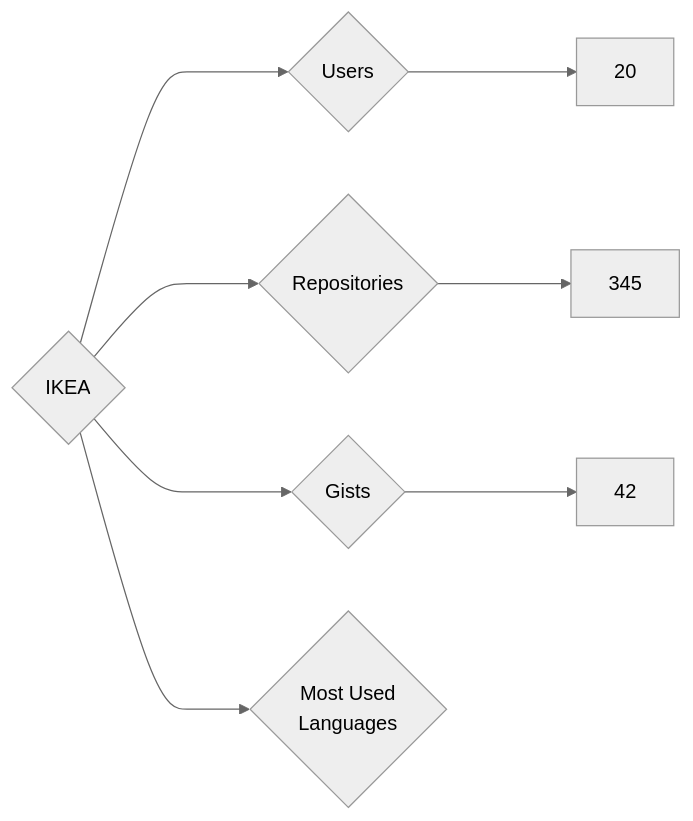
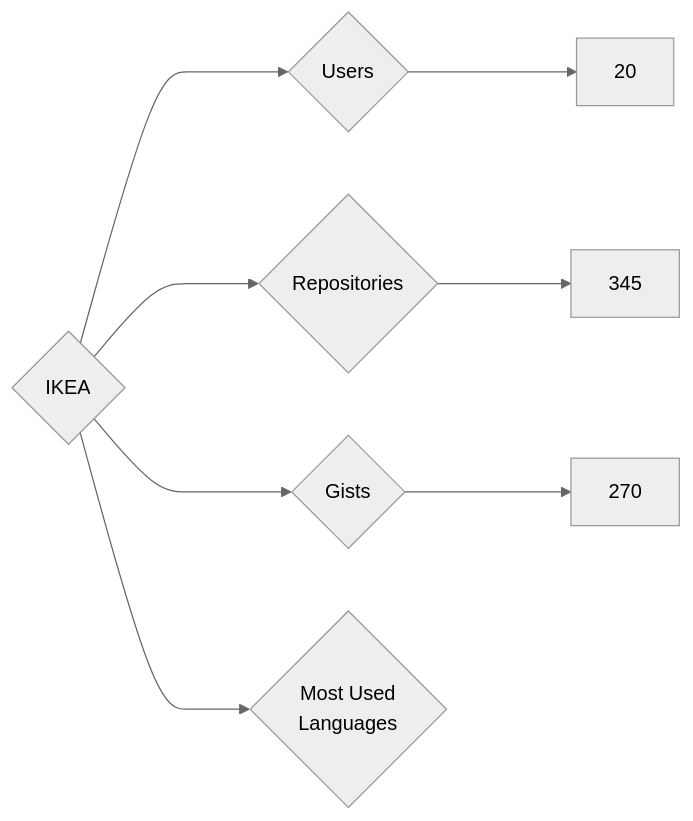
One commit to nenadzaric/insiders changed the diagram in targets/IKEA/README.md. Above: the diagram before and after it, drawn with Mermaid (neutral theme). The commit also changed 1342 other files, not shown here.

````diff
--- a/targets/IKEA/README.md
+++ b/targets/IKEA/README.md
@@ -3,8 +3,8 @@
 ```mermaid
 graph LR
 COMPANY_NAME{IKEA}
 COMPANY_NAME ---> U{Users} ---> UN[20]
 COMPANY_NAME ---> R{Repositories} ---> RN[345]
-COMPANY_NAME ---> G{Gists} ---> GN[42]
+COMPANY_NAME ---> G{Gists} ---> GN[270]
 COMPANY_NAME ---> ML{Most Used<br>Languages}
 ```
````
